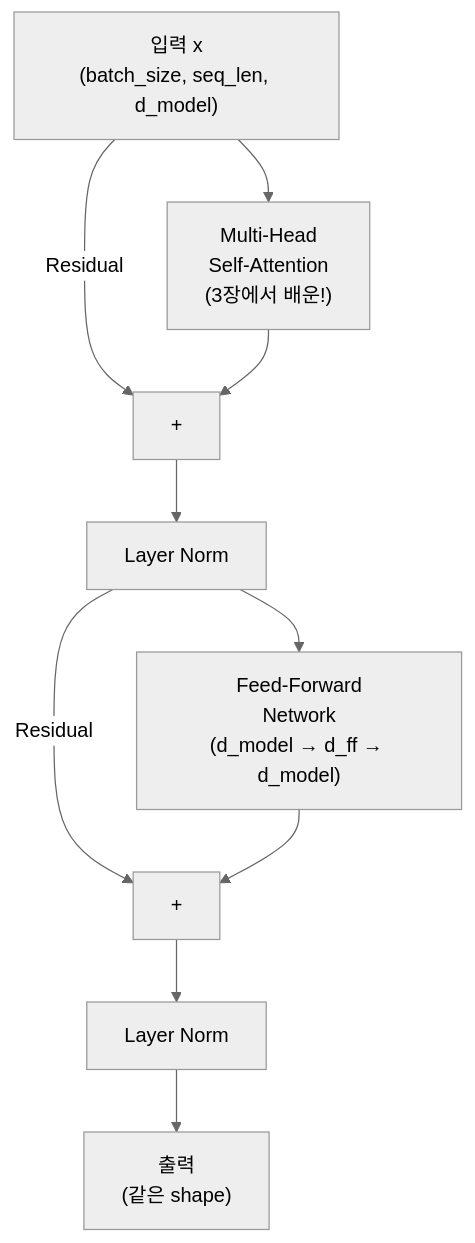
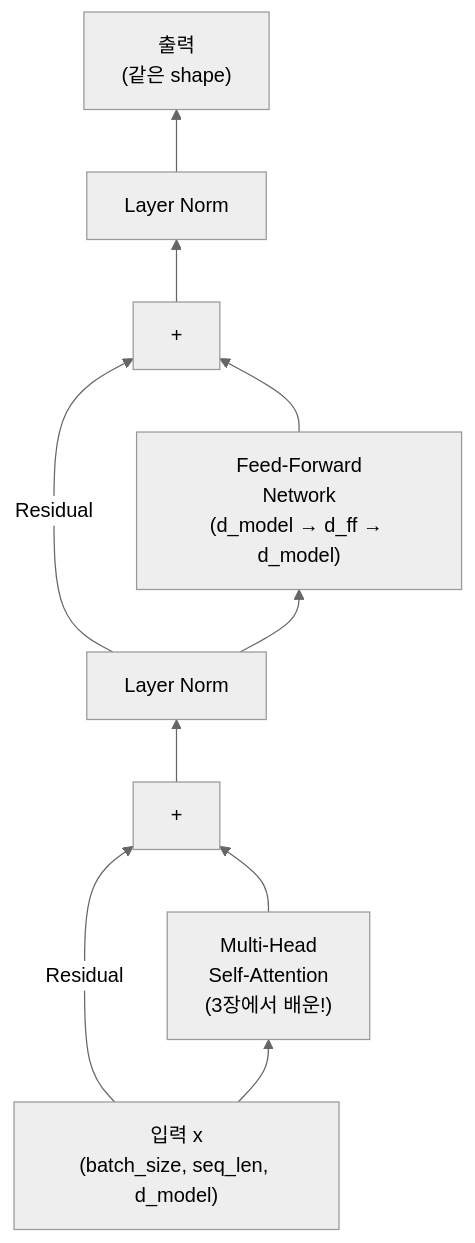
The second of 4 diagrams in docs/ch4A.md (LeeSeogMin/2026NLP), drawn with Mermaid (neutral theme) before and after one commit. The commit also changed other lines of this file, not shown here.

Commit message:
Update intuitive explanations and terminology in Transformer architecture module for clarity

````diff
--- a/docs/ch4A.md
+++ b/docs/ch4A.md
@@ -298,14 +242,14 @@
 ```mermaid
-flowchart TB
+flowchart BT
     INPUT["입력 x<br/>(batch_size, seq_len, d_model)"] --> MHA["Multi-Head<br/>Self-Attention<br/>(3장에서 배운!)"]
     INPUT -->|"Residual"| ADD1["+"]
     MHA --> ADD1
     ADD1 --> LN1["Layer Norm"]
 
     LN1 --> FFN["Feed-Forward<br/>Network<br/>(d_model → d_ff → d_model)"]
     LN1 -->|"Residual"| ADD2["+"]
     FFN --> ADD2
     ADD2 --> LN2["Layer Norm"]
 
     LN2 --> OUTPUT["출력<br/>(같은 shape)"]
 ```
````
